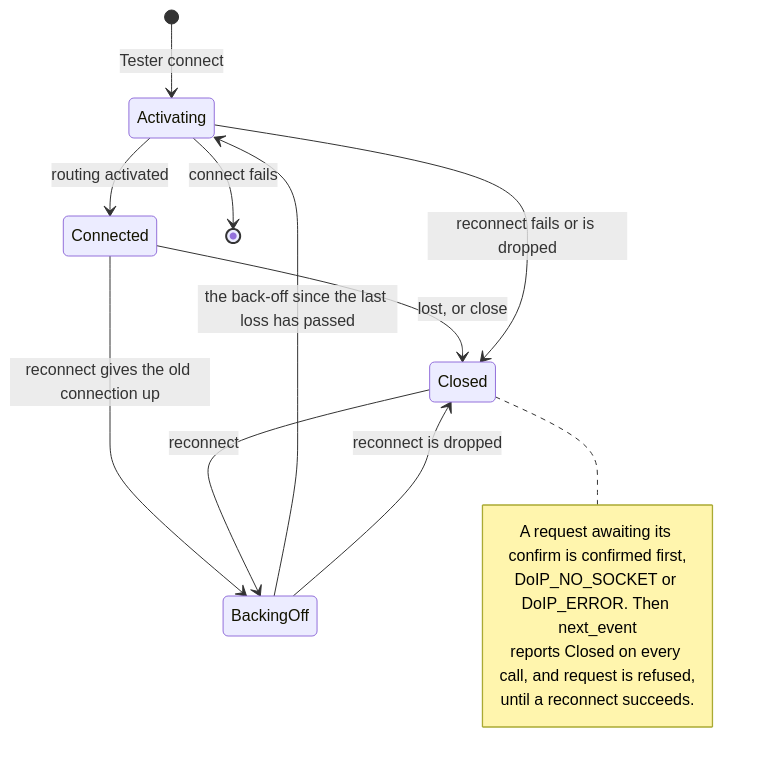
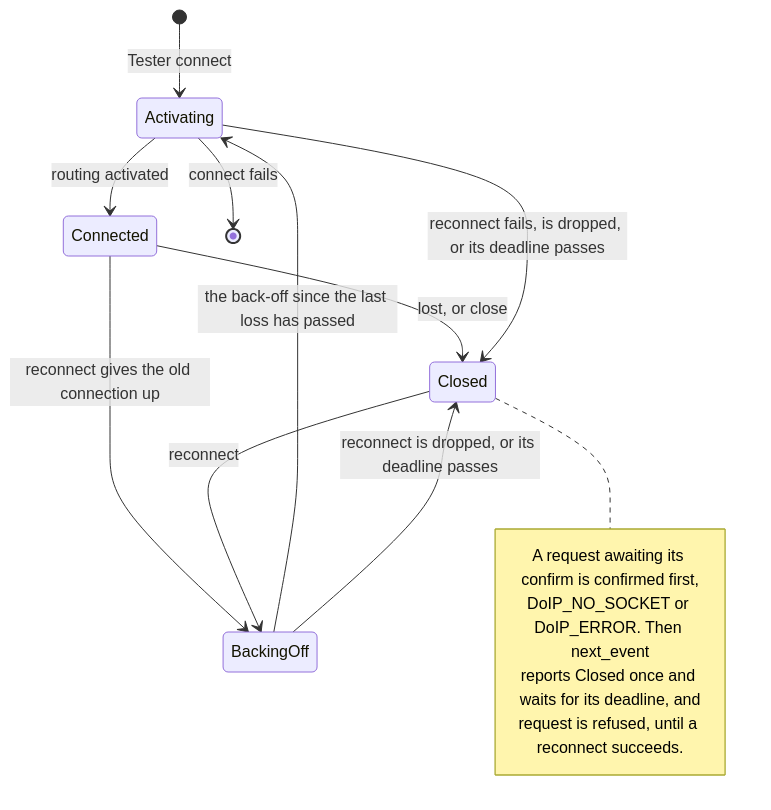
The first of 2 diagrams in crates/simple_doip/ARCHITECTURE.md (luminartech/uds_stack), drawn with Mermaid before and after one commit. The commit also changed other lines of this file and 44 other files, not shown here.

````diff
--- a/crates/simple_doip/ARCHITECTURE.md
+++ b/crates/simple_doip/ARCHITECTURE.md
@@ -100,18 +100,18 @@
 ```mermaid
 stateDiagram-v2
     [*] --> Activating: Tester connect
     Activating --> Connected: routing activated
     Activating --> [*]: connect fails
     Connected --> Closed: lost, or close
     Connected --> BackingOff: reconnect gives the old connection up
     Closed --> BackingOff: reconnect
     BackingOff --> Activating: the back-off since the last loss has passed
-    Activating --> Closed: reconnect fails or is dropped
-    BackingOff --> Closed: reconnect is dropped
+    Activating --> Closed: reconnect fails, is dropped, or its deadline passes
+    BackingOff --> Closed: reconnect is dropped, or its deadline passes
     note right of Closed
         A request awaiting its confirm is confirmed first,
         DoIP_NO_SOCKET or DoIP_ERROR. Then next_event
-        reports Closed on every call, and request is refused,
-        until a reconnect succeeds.
+        reports Closed once and waits for its deadline, and
+        request is refused, until a reconnect succeeds.
     end note
 ```
````
